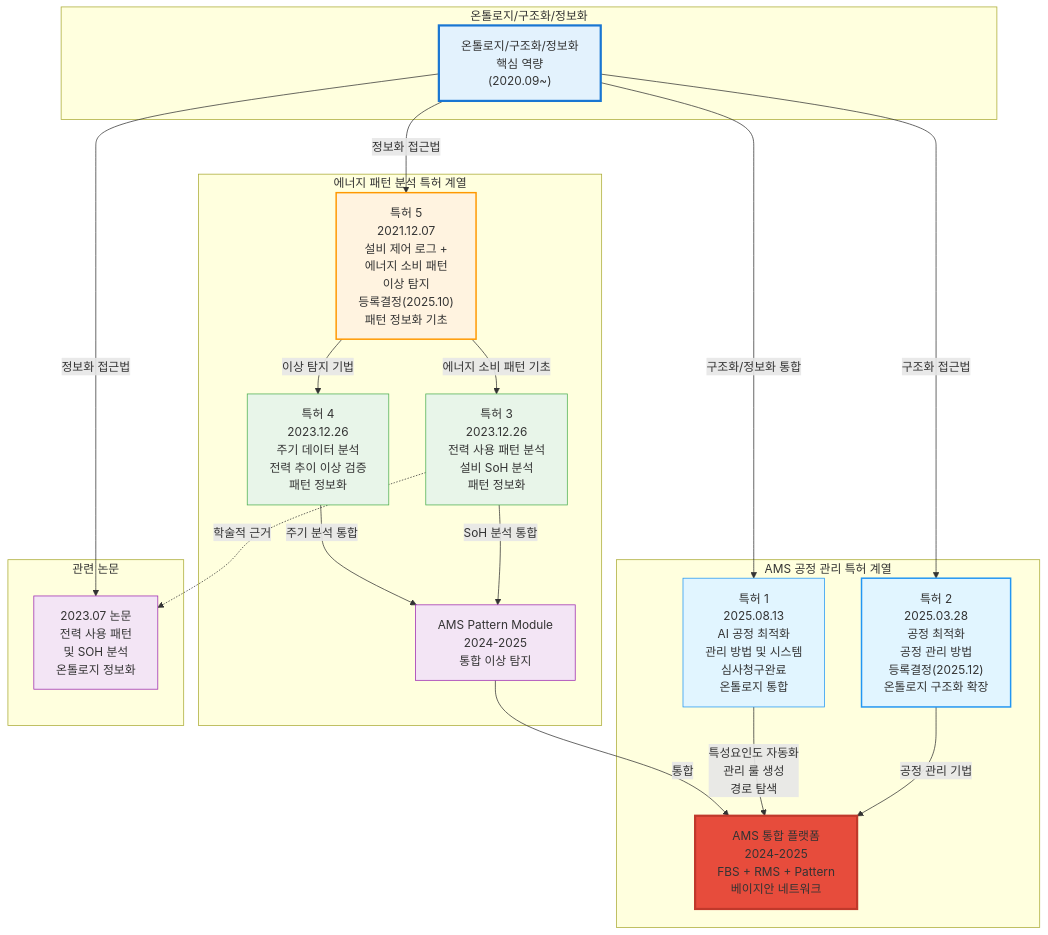
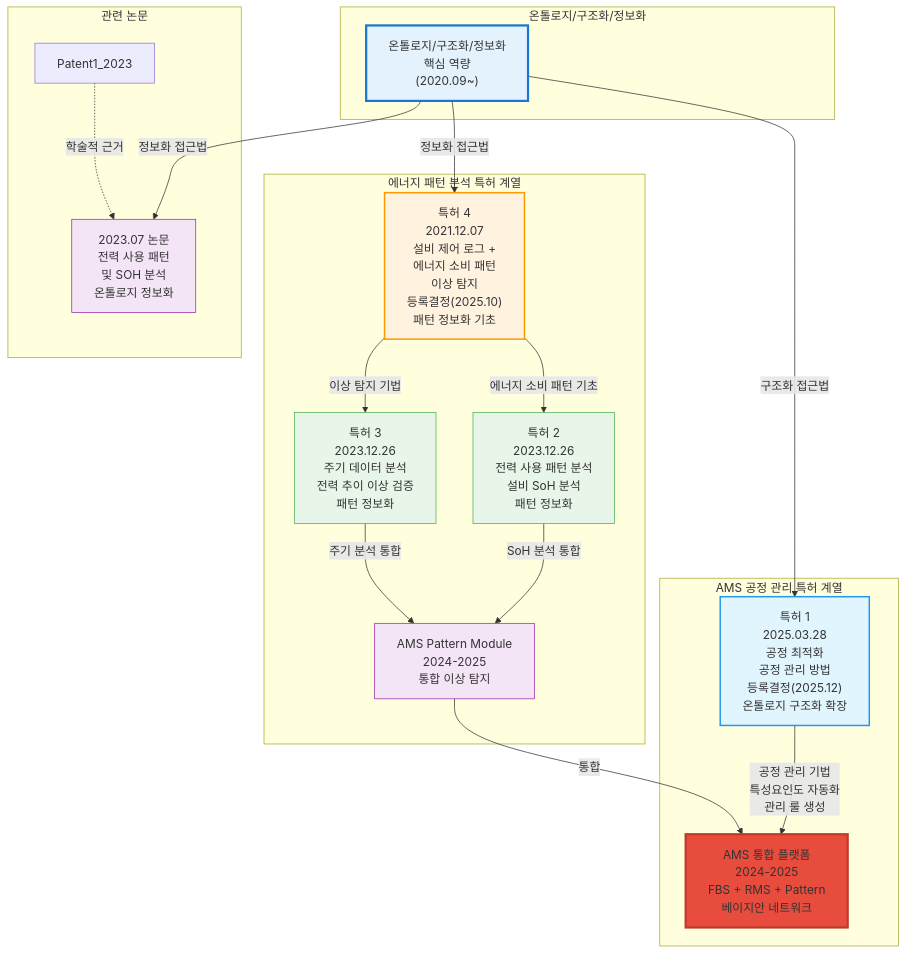
The second of 2 diagrams in portfolio/portfolio_docs/04_Academic_Publications.md (moobaek/Testing_AI_agents_for_public_use), drawn with Mermaid before and after one commit. The commit also changed other lines of this file and 20 other files, not shown here.

````diff
--- a/portfolio/portfolio_docs/04_Academic_Publications.md
+++ b/portfolio/portfolio_docs/04_Academic_Publications.md
@@ -156,49 +155,45 @@
 ```mermaid
 graph TB
     subgraph "온톨로지/구조화/정보화"
         ONT["온톨로지/구조화/정보화<br/>핵심 역량<br/>(2020.09~)"]
     end
     
     subgraph "에너지 패턴 분석 특허 계열"
-        Patent3_2021["특허 5<br/>2021.12.07<br/>설비 제어 로그 +<br/>에너지 소비 패턴<br/>이상 탐지<br/>등록결정(2025.10)<br/>패턴 정보화 기초"]
-        Patent1_2023["특허 3<br/>2023.12.26<br/>전력 사용 패턴 분석<br/>설비 SoH 분석<br/>패턴 정보화"]
-        Patent2_2023["특허 4<br/>2023.12.26<br/>주기 데이터 분석<br/>전력 추이 이상 검증<br/>패턴 정보화"]
+        Patent4_2021["특허 4<br/>2021.12.07<br/>설비 제어 로그 +<br/>에너지 소비 패턴<br/>이상 탐지<br/>등록결정(2025.10)<br/>패턴 정보화 기초"]
+        Patent2_2023["특허 2<br/>2023.12.26<br/>전력 사용 패턴 분석<br/>설비 SoH 분석<br/>패턴 정보화"]
+        Patent3_2023["특허 3<br/>2023.12.26<br/>주기 데이터 분석<br/>전력 추이 이상 검증<br/>패턴 정보화"]
         AMSPattern["AMS Pattern Module<br/>2024-2025<br/>통합 이상 탐지"]
         
-        ONT -->|"정보화 접근법"| Patent3_2021
-        Patent3_2021 -->|"에너지 소비 패턴 기초"| Patent1_2023
-        Patent3_2021 -->|"이상 탐지 기법"| Patent2_2023
-        Patent1_2023 -->|"SoH 분석 통합"| AMSPattern
-        Patent2_2023 -->|"주기 분석 통합"| AMSPattern
+        ONT -->|"정보화 접근법"| Patent4_2021
+        Patent4_2021 -->|"에너지 소비 패턴 기초"| Patent2_2023
+        Patent4_2021 -->|"이상 탐지 기법"| Patent3_2023
+        Patent2_2023 -->|"SoH 분석 통합"| AMSPattern
+        Patent3_2023 -->|"주기 분석 통합"| AMSPattern
     end
     
     subgraph "AMS 공정 관리 특허 계열"
-        Patent2_2025["특허 2<br/>2025.03.28<br/>공정 최적화<br/>공정 관리 방법<br/>등록결정(2025.12)<br/>온톨로지 구조화 확장"]
-        Patent1_2025["특허 1<br/>2025.08.13<br/>AI 공정 최적화<br/>관리 방법 및 시스템<br/>심사청구완료<br/>온톨로지 통합"]
+        Patent1_2025["특허 1<br/>2025.03.28<br/>공정 최적화<br/>공정 관리 방법<br/>등록결정(2025.12)<br/>온톨로지 구조화 확장"]
         AMS["AMS 통합 플랫폼<br/>2024-2025<br/>FBS + RMS + Pattern<br/>베이지안 네트워크"]
         
-        ONT -->|"구조화 접근법"| Patent2_2025
-        ONT -->|"구조화/정보화 통합"| Patent1_2025
-        Patent2_2025 -->|"공정 관리 기법"| AMS
-        Patent1_2025 -->|"특성요인도 자동화<br/>관리 룰 생성<br/>경로 탐색"| AMS
+        ONT -->|"구조화 접근법"| Patent1_2025
+        Patent1_2025 -->|"공정 관리 기법<br/>특성요인도 자동화<br/>관리 룰 생성"| AMS
     end
     
     subgraph "관련 논문"
         Paper2023["2023.07 논문<br/>전력 사용 패턴<br/>및 SOH 분석<br/>온톨로지 정보화"]
         
         ONT -->|"정보화 접근법"| Paper2023
         Patent1_2023 -.->|"학술적 근거"| Paper2023
     end
     
     AMSPattern -->|"통합"| AMS
     
     style ONT fill:#e3f2fd,stroke:#1976d2,stroke-width:3px
-    style Patent3_2021 fill:#fff3e0,stroke:#ff9800,stroke-width:2px
-    style Patent1_2023 fill:#e8f5e9,stroke:#4caf50
+    style Patent4_2021 fill:#fff3e0,stroke:#ff9800,stroke-width:2px
     style Patent2_2023 fill:#e8f5e9,stroke:#4caf50
-    style Patent2_2025 fill:#e1f5ff,stroke:#2196f3,stroke-width:2px
-    style Patent1_2025 fill:#e1f5ff,stroke:#2196f3
+    style Patent3_2023 fill:#e8f5e9,stroke:#4caf50
+    style Patent1_2025 fill:#e1f5ff,stroke:#2196f3,stroke-width:2px
     style AMSPattern fill:#f3e5f5,stroke:#9c27b0
     style AMS fill:#e74c3c,stroke:#c0392b,stroke-width:3px
     style Paper2023 fill:#f3e5f5,stroke:#9c27b0
 ```
````
